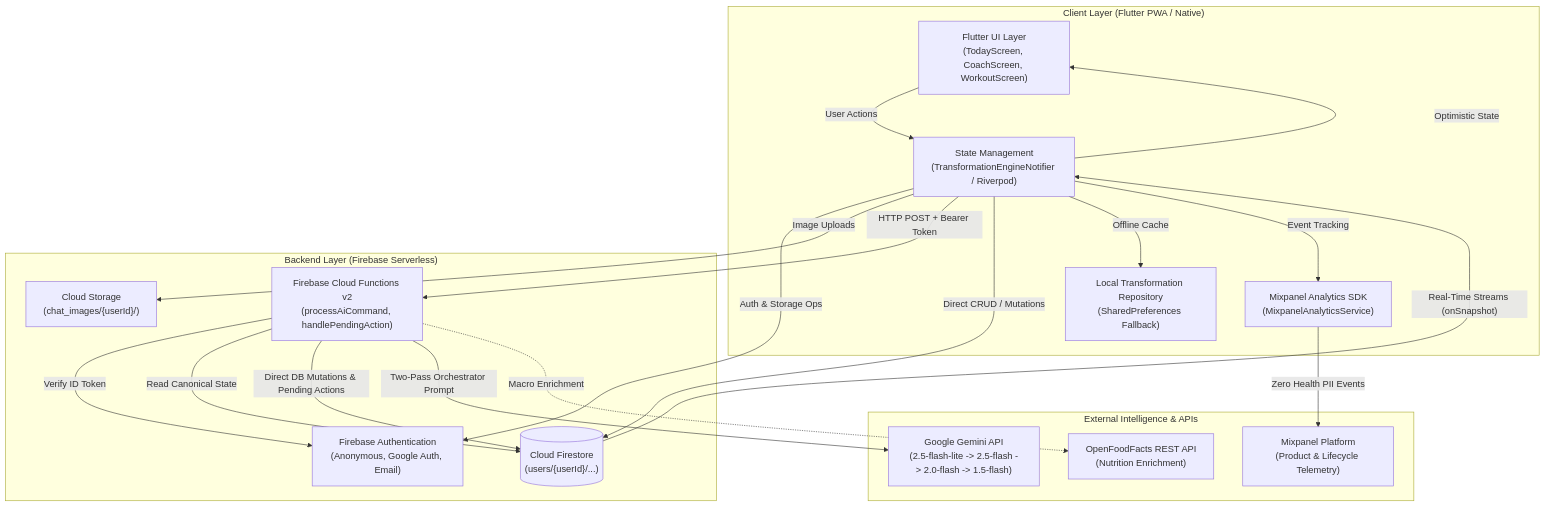
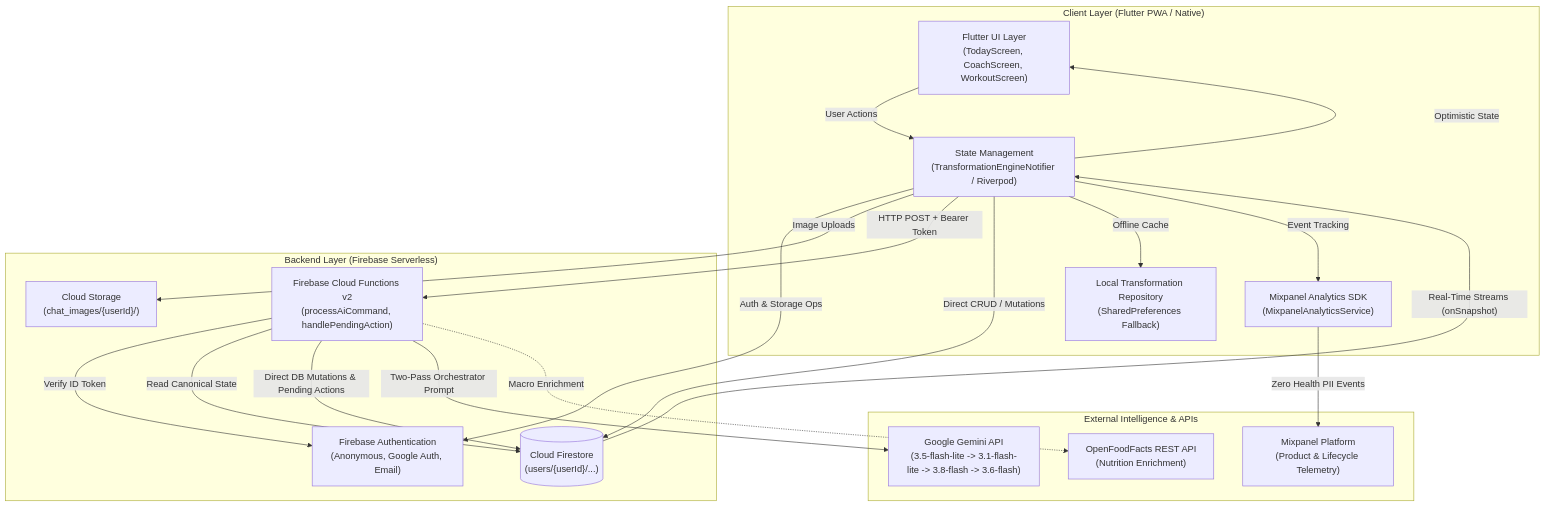
Before and after one commit to ashu2902/personal-transformation-coach: the first of 4 diagrams in docs/architecture/system_overview.md, drawn with Mermaid. The commit also changed other lines of this file and 22 other files, not shown here.

````diff
--- a/docs/architecture/system_overview.md
+++ b/docs/architecture/system_overview.md
@@ -18,39 +18,39 @@
 ```mermaid
 graph TB
     subgraph "Client Layer (Flutter PWA / Native)"
         UI["Flutter UI Layer<br/>(TodayScreen, CoachScreen, WorkoutScreen)"]
         State["State Management<br/>(TransformationEngineNotifier / Riverpod)"]
         LocalRepo["Local Transformation Repository<br/>(SharedPreferences Fallback)"]
         MixpanelSDK["Mixpanel Analytics SDK<br/>(MixpanelAnalyticsService)"]
     end
 
     subgraph "Backend Layer (Firebase Serverless)"
         Auth["Firebase Authentication<br/>(Anonymous, Google Auth, Email)"]
         Functions["Firebase Cloud Functions v2<br/>(processAiCommand, handlePendingAction)"]
         Storage["Cloud Storage<br/>(chat_images/{userId}/)"]
         Firestore[("Cloud Firestore<br/>(users/{userId}/...)")]
     end
 
     subgraph "External Intelligence & APIs"
-        Gemini["Google Gemini API<br/>(2.5-flash-lite -> 2.5-flash -> 2.0-flash -> 1.5-flash)"]
+        Gemini["Google Gemini API<br/>(3.5-flash-lite -> 3.1-flash-lite -> 3.8-flash -> 3.6-flash)"]
         Mixpanel["Mixpanel Platform<br/>(Product & Lifecycle Telemetry)"]
         OpenFoodFacts["OpenFoodFacts REST API<br/>(Nutrition Enrichment)"]
     end
 
     UI -->|"User Actions"| State
     State -->|"Optimistic State"| UI
     State -->|"Auth & Storage Ops"| Auth
     State -->|"Image Uploads"| Storage
     State -->|"HTTP POST + Bearer Token"| Functions
     State -->|"Direct CRUD / Mutations"| Firestore
     Firestore -->|"Real-Time Streams (onSnapshot)"| State
     State -->|"Offline Cache"| LocalRepo
     State -->|"Event Tracking"| MixpanelSDK
     MixpanelSDK -->|"Zero Health PII Events"| Mixpanel
 
     Functions -->|"Verify ID Token"| Auth
     Functions -->|"Read Canonical State"| Firestore
     Functions -->|"Direct DB Mutations & Pending Actions"| Firestore
     Functions -->|"Two-Pass Orchestrator Prompt"| Gemini
     Functions -.->|"Macro Enrichment"| OpenFoodFacts
 ```
````
